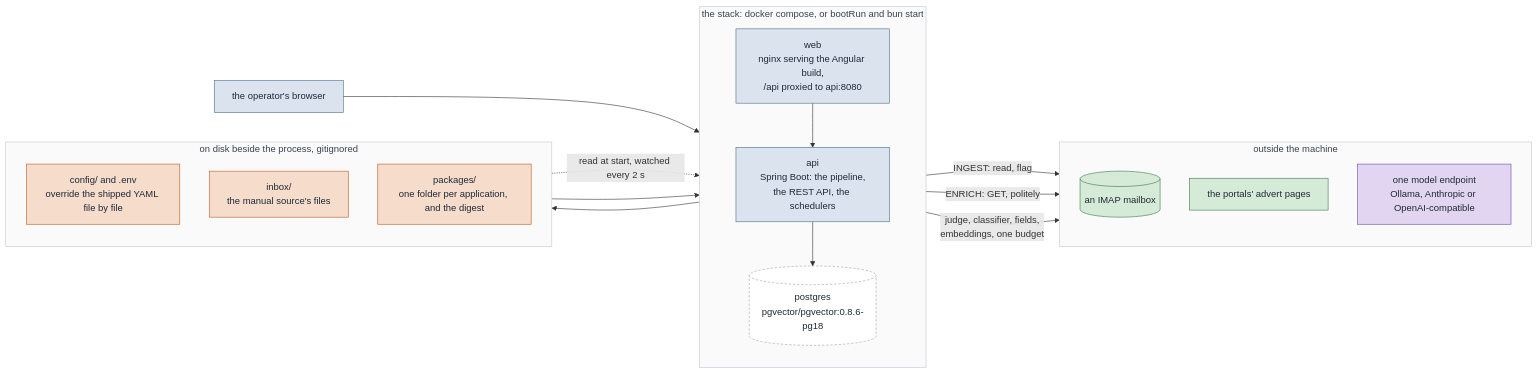
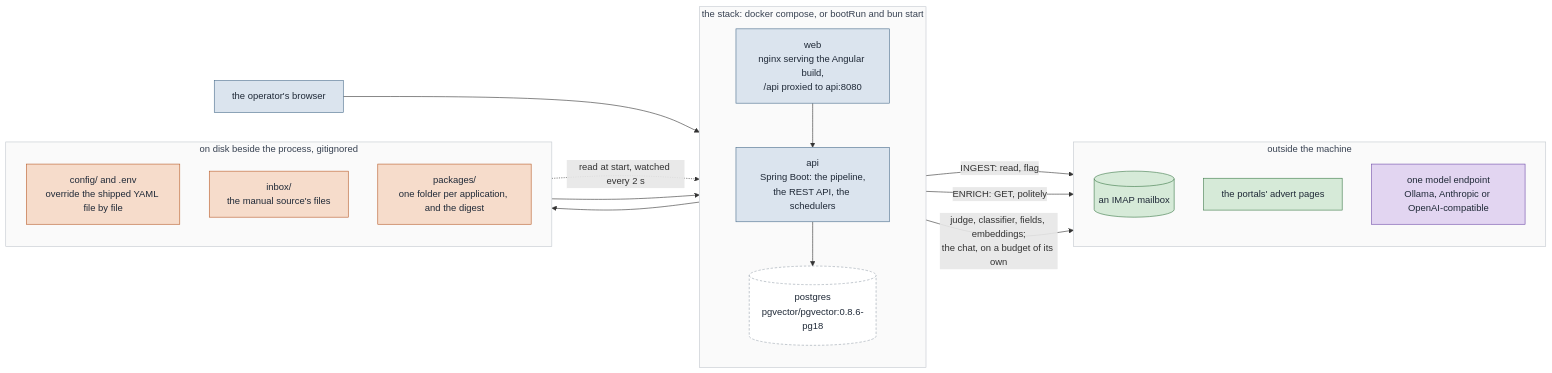
Before and after one commit to codeministry/leadgen: the first of 6 diagrams in docs/ARCHITECTURE.md, drawn with Mermaid. The commit also changed other lines of this file and 9 other files, not shown here.

First line of the commit message:
Document the chat and retake its screenshot

````diff
--- a/docs/ARCHITECTURE.md
+++ b/docs/ARCHITECTURE.md
@@ -32,45 +32,45 @@
 ```mermaid
 %%{init: {"themeVariables": {"clusterBkg":"#fafafa","clusterBorder":"#c3c8cf","titleColor":"#374151","mainBkg":"#eef1f5","nodeBorder":"#9aa3ad","primaryTextColor":"#1f2937"}}}%%
 flowchart LR
     classDef free fill:#dbe4ee,stroke:#4a6d8c,color:#1f2937
     classDef model fill:#e2d5f1,stroke:#6f4aa8,color:#1f2937
     classDef net fill:#d6ead8,stroke:#3d7a48,color:#1f2937
     classDef file fill:#f6dccb,stroke:#b85c2a,color:#1f2937
     classDef row fill:#ffffff,stroke:#9aa3ad,color:#1f2937,stroke-dasharray:4 3
     classDef zone fill:#fafafa,stroke:#c3c8cf,color:#374151
 
     person["the operator's browser"]
     subgraph stack["the stack: docker compose, or bootRun and bun start"]
         direction TB
         web["web<br/>nginx serving the Angular build,<br/>/api proxied to api:8080"]
         api["api<br/>Spring Boot: the pipeline,<br/>the REST API, the schedulers"]
         db[("postgres<br/>pgvector/pgvector:0.8.6-pg18")]
         web --> api --> db
     end
     subgraph outside["outside the machine"]
         direction TB
         mail[("an IMAP mailbox")]
         portals["the portals' advert pages"]
         llm["one model endpoint<br/>Ollama, Anthropic or OpenAI-compatible"]
     end
     subgraph disk["on disk beside the process, gitignored"]
         direction TB
         cfg["config/ and .env<br/>override the shipped YAML file by file"]
         inbox["inbox/<br/>the manual source's files"]
         out["packages/<br/>one folder per application, and the digest"]
     end
     person --> web
     api -- "INGEST: read, flag" --> mail
     api -- "ENRICH: GET, politely" --> portals
-    api -- "judge, classifier, fields,<br/>embeddings, one budget" --> llm
+    api -- "judge, classifier, fields, embeddings;<br/>the chat, on a budget of its own" --> llm
     cfg -. "read at start, watched every 2 s" .-> api
     inbox --> api
     api --> out
 
     class person,web,api free
     class mail,portals net
     class llm model
     class cfg,inbox,out file
     class db row
     class stack,outside,disk zone
 ```
````
